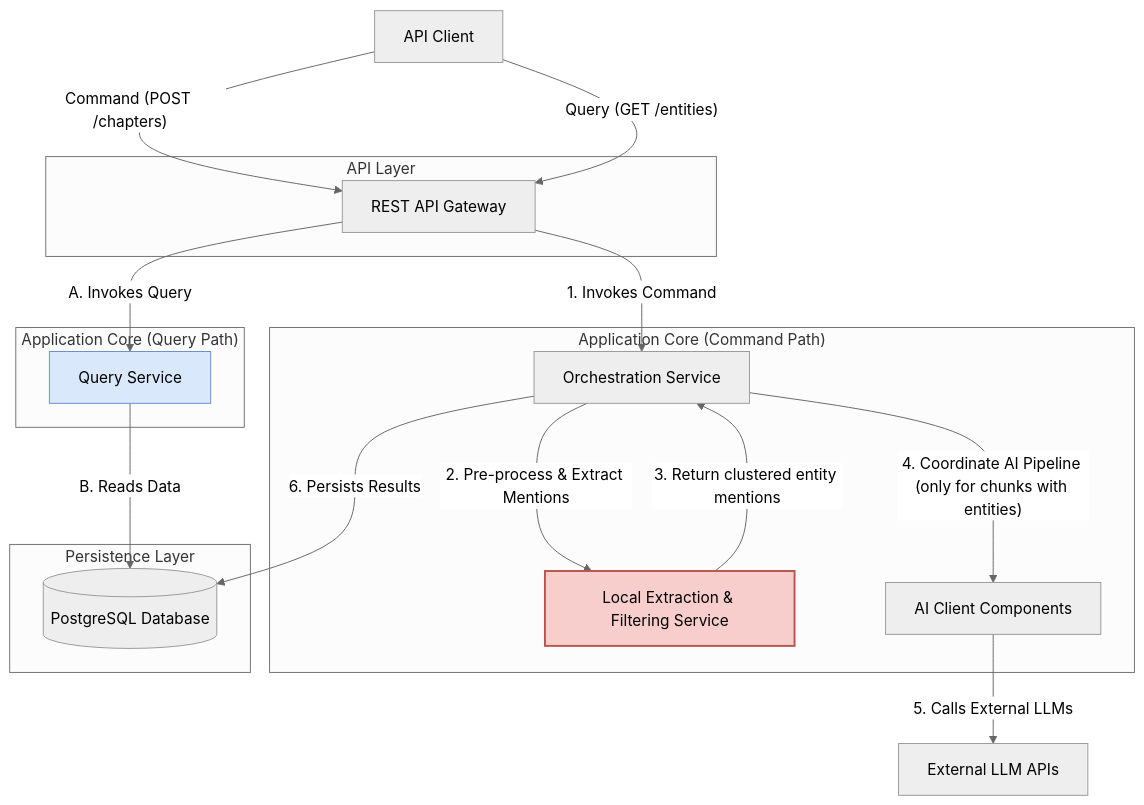
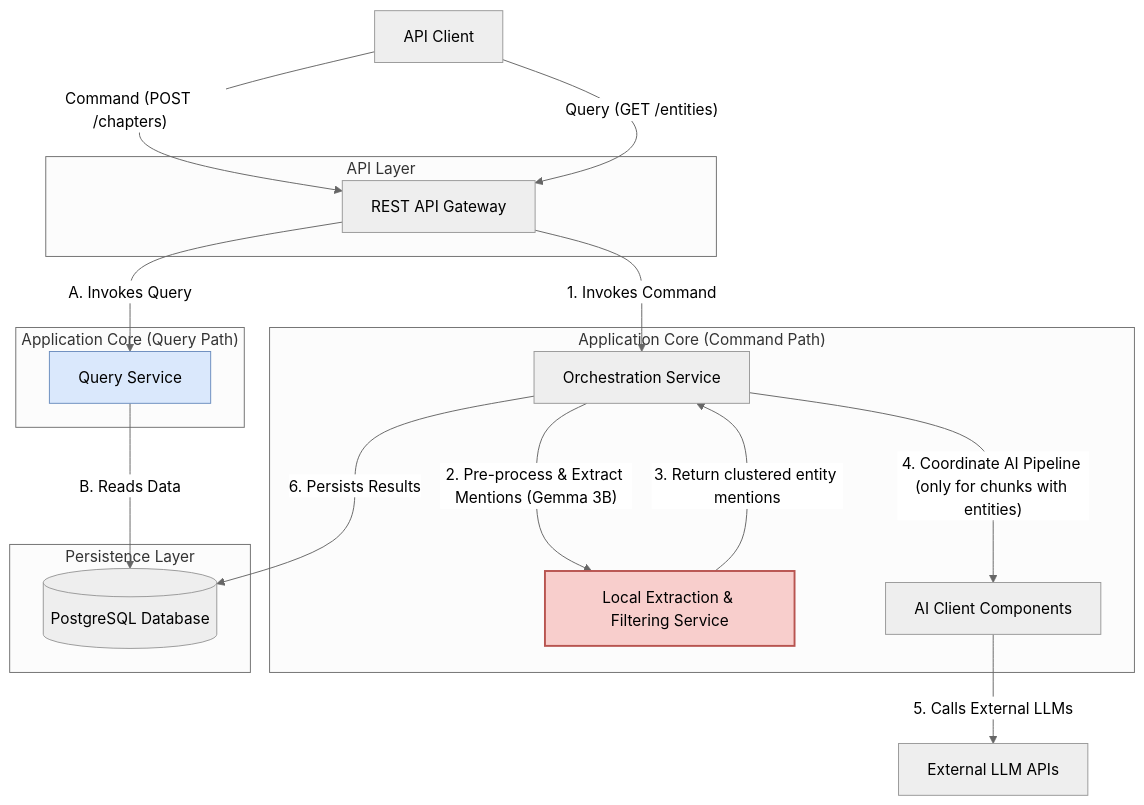
One commit to chaixdev/lorevault-kb changed the second of 5 diagrams in docs/architecture.md. Above: the diagram before and after it, drawn with Mermaid (neutral theme). The commit also changed other lines of this file and 14 other files, not shown here.

````diff
--- a/docs/architecture.md
+++ b/docs/architecture.md
@@ -91,35 +93,35 @@
 ```mermaid
 graph TD
     subgraph "API Layer"
         API[REST API Gateway]
     end
 
     subgraph "Application Core (Command Path)"
         OS[Orchestration Service]
         LEFS[Local Extraction & Filtering Service]
         AC[AI Client Components]
     end
 
     subgraph "Application Core (Query Path)"
         QS[Query Service]
     end
 
     subgraph "Persistence Layer"
         DB[(PostgreSQL Database)]
     end
 
     User[API Client] -- "Command (POST /chapters)" --> API
     API -- "1. Invokes Command" --> OS
-    OS -- "2. Pre-process & Extract Mentions" --> LEFS
+    OS -- "2. Pre-process & Extract Mentions (Gemma 3B)" --> LEFS
     LEFS -- "3. Return clustered entity mentions" --> OS
     OS -- "4. Coordinate AI Pipeline (only for chunks with entities)" --> AC
     AC -- "5. Calls External LLMs" --> External_LLMs[External LLM APIs]
     OS -- "6. Persists Results" --> DB
 
     User -- "Query (GET /entities)" --> API
     API -- "A. Invokes Query" --> QS
     QS -- "B. Reads Data" --> DB
 
     style LEFS fill:#F8CECC,stroke:#B85450,stroke-width:2px
     style QS fill:#DAE8FC,stroke:#6C8EBF
 ```
````
